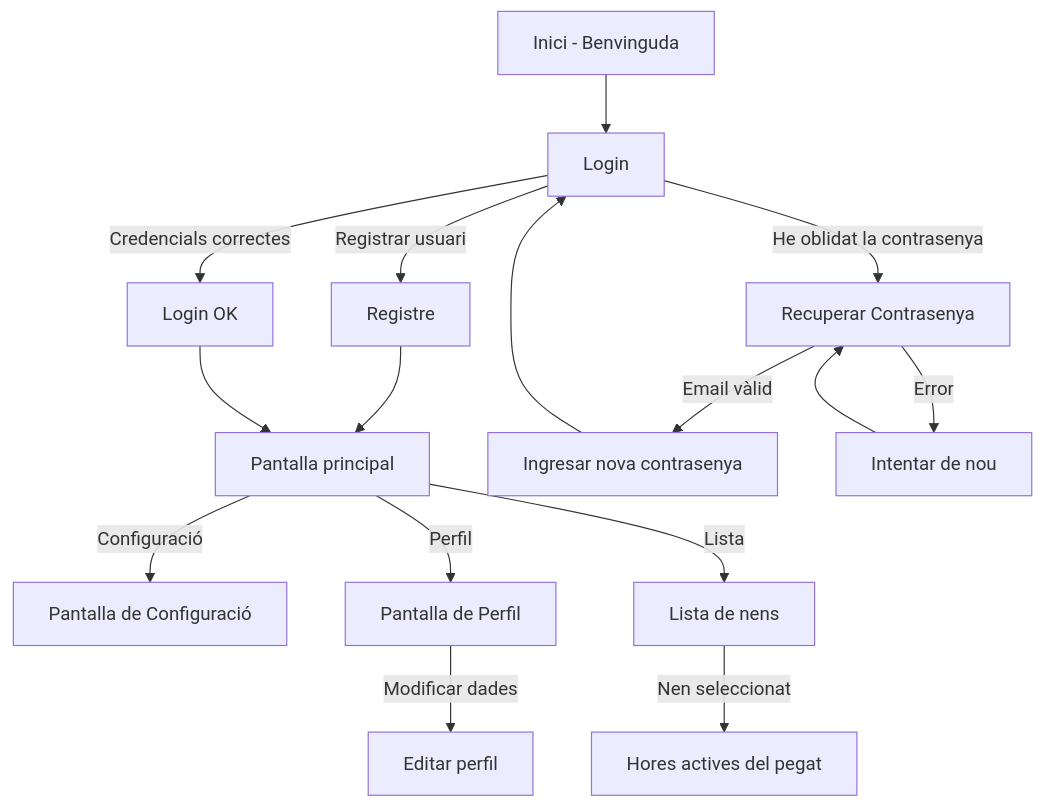
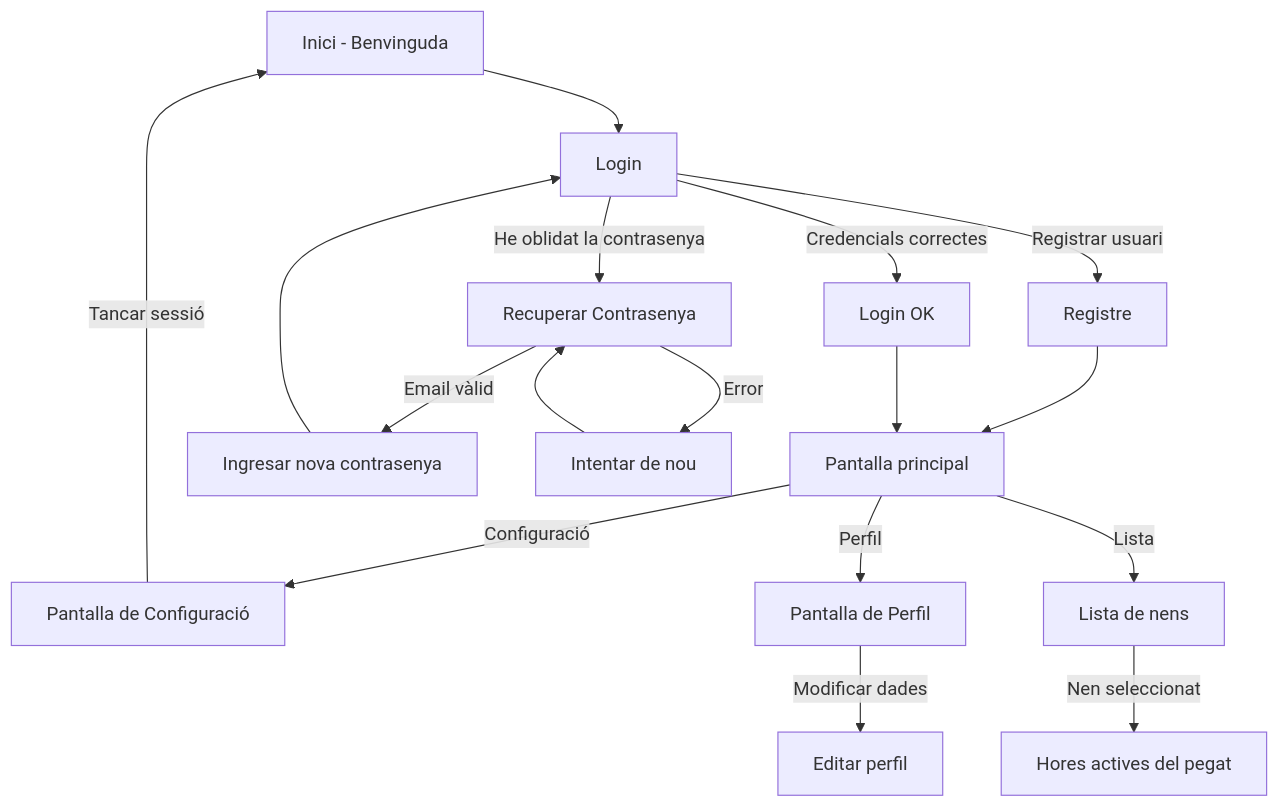
Before and after one commit to dmontes901/TapatApp: the diagram in charts/diagramaNavegacio.mmd, drawn with Mermaid.

```diff
--- a/charts/diagramaNavegacio.mmd
+++ b/charts/diagramaNavegacio.mmd
@@ -1,17 +1,18 @@
 flowchart TD;
     A["Inici - Benvinguda"] --> B["Login"];
     B -->|Registrar usuari| C["Registre"];
     C --> E["Pantalla principal"];
     B -->|Credencials correctes| D["Login OK "];
 
     
     D --> E["Pantalla principal"];
     E -->|Configuració| G["Pantalla de Configuració"];
+    G -->|Tancar sessió|A
     E -->|Perfil| F["Pantalla de Perfil"];
     F -->|Modificar dades|L["Editar perfil"];
     E -->|Lista|J["Lista de nens"];
     J -->|Nen seleccionat|K["Hores actives del pegat"];
     
     B -->|He oblidat la contrasenya| H["Recuperar Contrasenya"];
     H -->|Email vàlid| I["Ingresar nova contrasenya"] --> B;
     H -->|Error| H1["Intentar de nou"] --> H;
```
